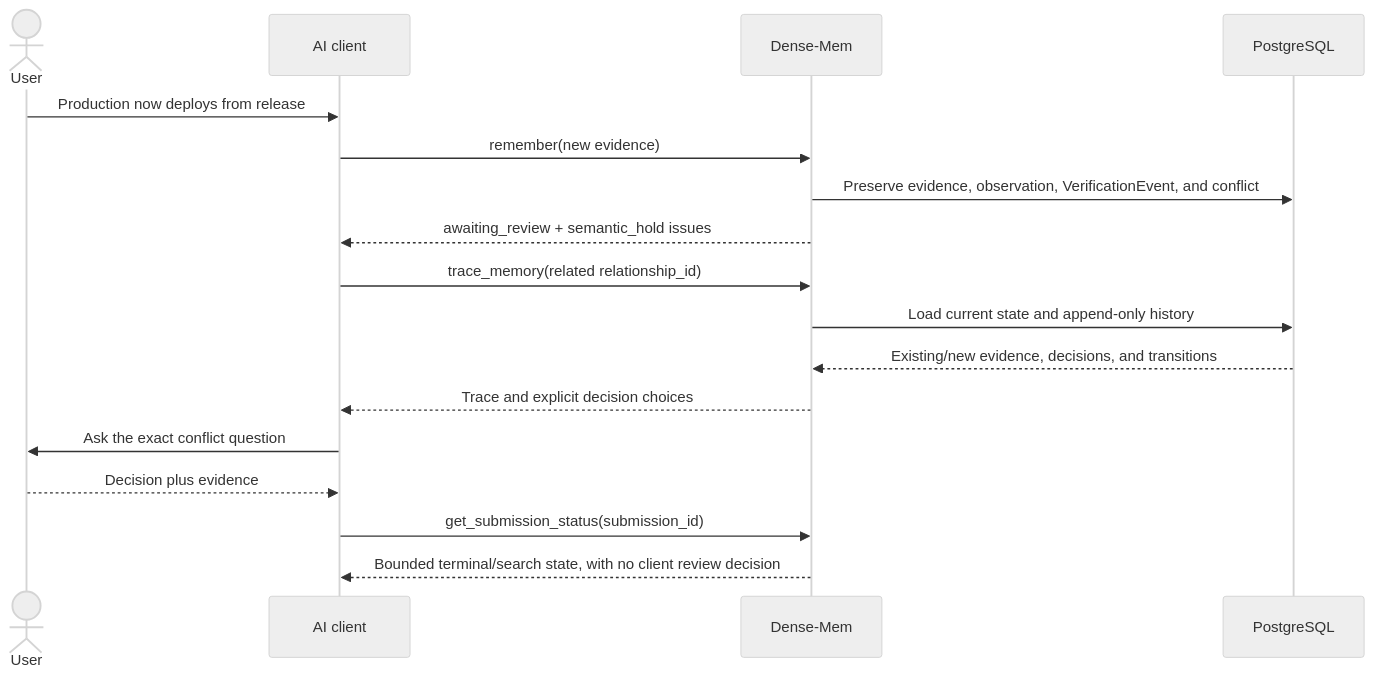
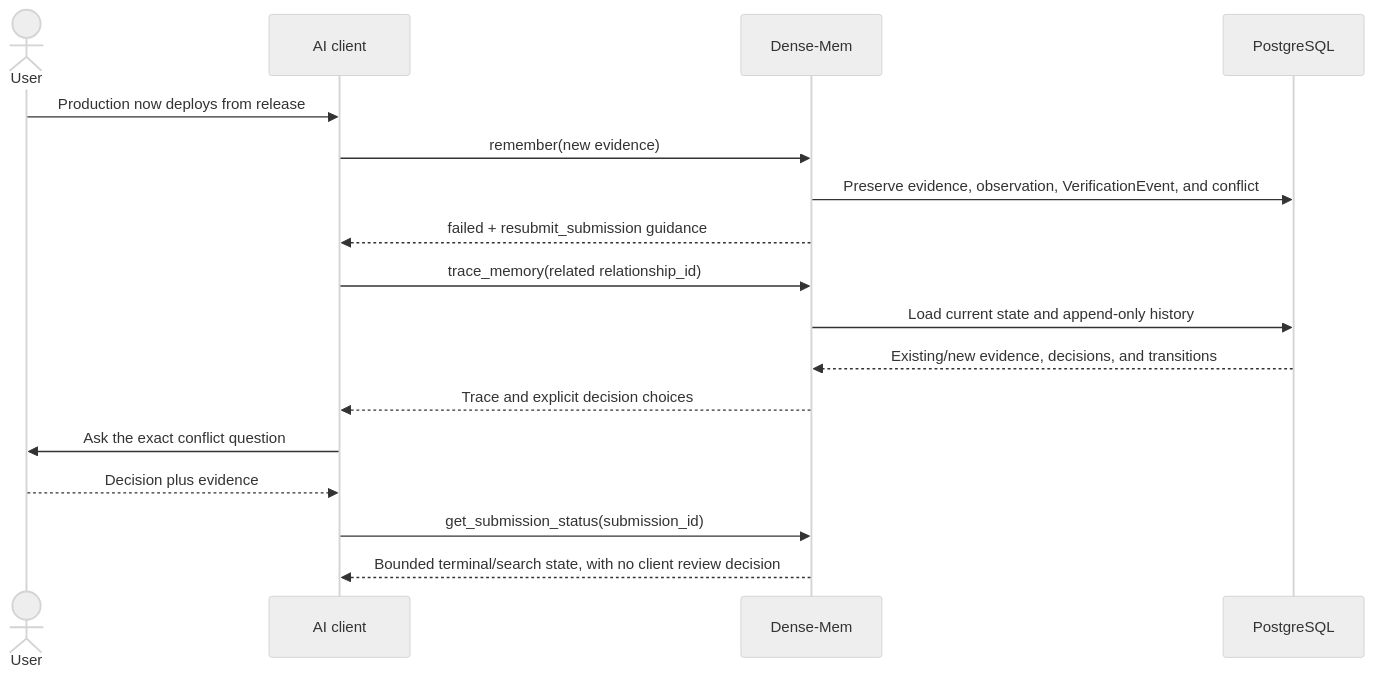
One commit to markhuangai/dense-mem changed the first of 4 diagrams in Conflicts-And-Corrections.md. Above: the diagram before and after it, drawn with Mermaid (neutral theme). The commit also changed other lines of this file and 20 other files, not shown here.

````diff
--- a/Conflicts-And-Corrections.md
+++ b/Conflicts-And-Corrections.md
@@ -20,21 +21,21 @@
 ```mermaid
 %%{init: {"sequence": {"rightAngles": true}}}%%
 sequenceDiagram
   actor User
   participant Host as AI client
   participant DM as Dense-Mem
   participant PG as PostgreSQL
 
   User->>Host: Production now deploys from release
   Host->>DM: remember(new evidence)
   DM->>PG: Preserve evidence, observation, VerificationEvent, and conflict
-  DM-->>Host: awaiting_review + semantic_hold issues
+  DM-->>Host: failed + resubmit_submission guidance
   Host->>DM: trace_memory(related relationship_id)
   DM->>PG: Load current state and append-only history
   PG-->>DM: Existing/new evidence, decisions, and transitions
   DM-->>Host: Trace and explicit decision choices
   Host->>User: Ask the exact conflict question
   User-->>Host: Decision plus evidence
   Host->>DM: get_submission_status(submission_id)
   DM-->>Host: Bounded terminal/search state, with no client review decision
 ```
````
